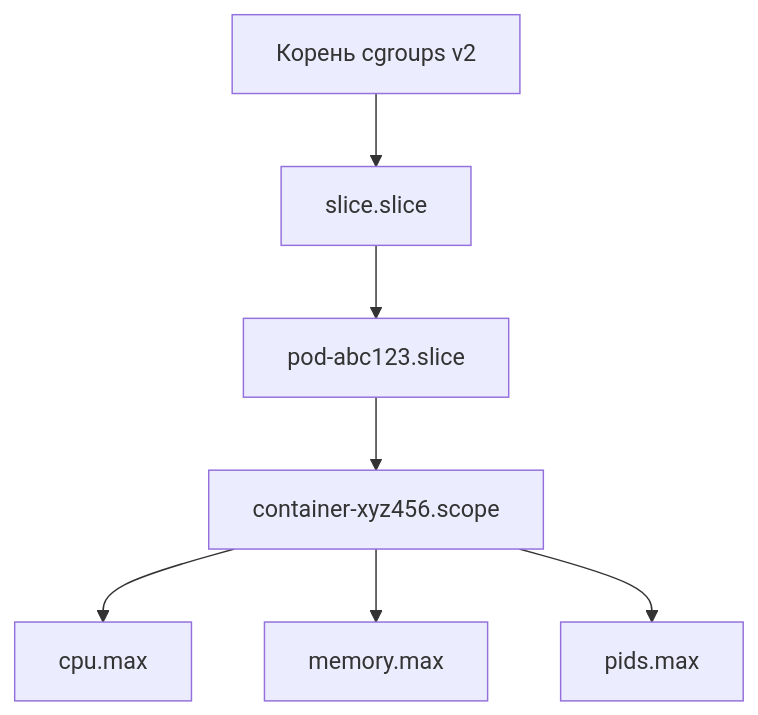
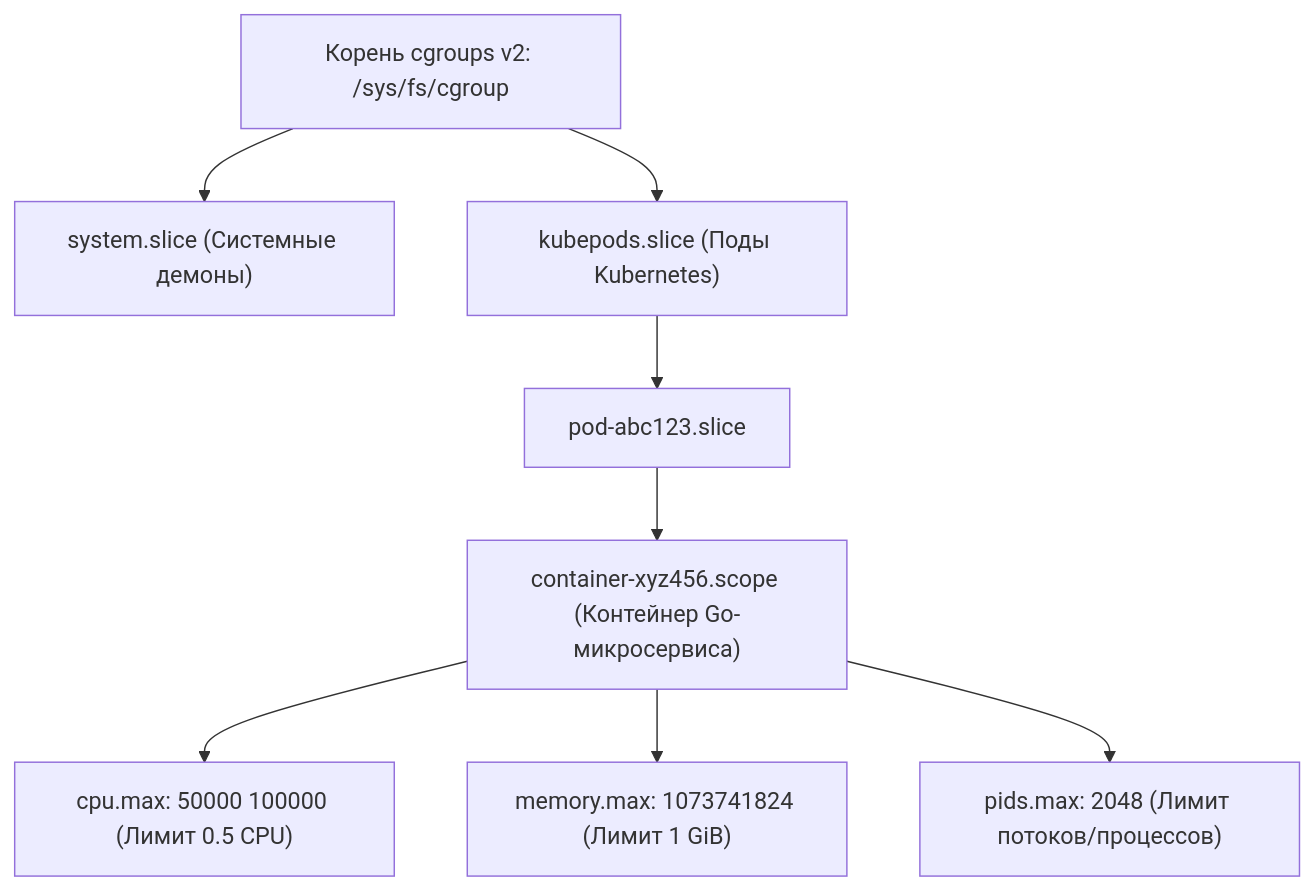
Before and after one commit to UnrealTemplier/go-textbook: the second of 2 diagrams in sources/2. Устройство и работа ОС/52. Ограничения ОС. ulimit, cgroups, quotas.md, drawn with Mermaid. The commit also changed other lines of this file, not shown here.

Commit message:
feat(module-02): editorial rewrite of Lecture 52 (ulimit, cgroups v2, cpu.max, memory.max, GOMEMLIMIT, quotas) in Kernighan style

````diff
--- a/sources/2. Устройство и работа ОС/52. Ограничения ОС. ulimit, cgroups, quotas.md
+++ b/sources/2. Устройство и работа ОС/52. Ограничения ОС. ulimit, cgroups, quotas.md
@@ -44,9 +109,10 @@
 ```mermaid
 flowchart TD
-    A["Корень cgroups v2"] --> B["slice.slice"]
-    B --> C["pod-abc123.slice"]
-    C --> D["container-xyz456.scope"]
-    D --> E["cpu.max"]
-    D --> F["memory.max"]
-    D --> G["pids.max"]
+    A["Корень cgroups v2: /sys/fs/cgroup"] --> B["system.slice (Системные демоны)"]
+    A --> C["kubepods.slice (Поды Kubernetes)"]
+    C --> D["pod-abc123.slice"]
+    D --> E["container-xyz456.scope (Контейнер Go-микросервиса)"]
+    E --> F["cpu.max: 50000 100000 (Лимит 0.5 CPU)"]
+    E --> G["memory.max: 1073741824 (Лимит 1 GiB)"]
+    E --> H["pids.max: 2048 (Лимит потоков/процессов)"]
 ```
````
